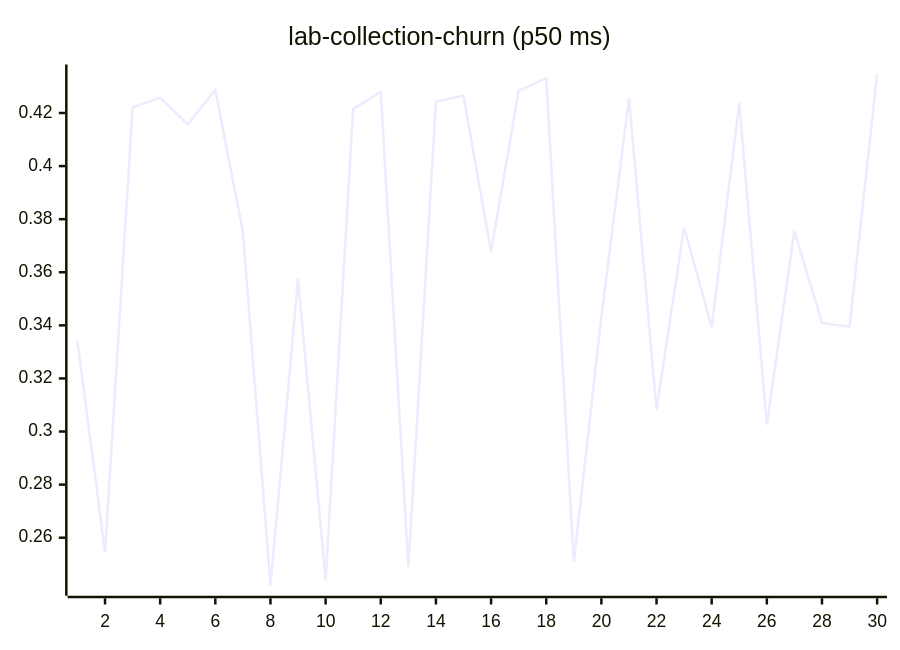
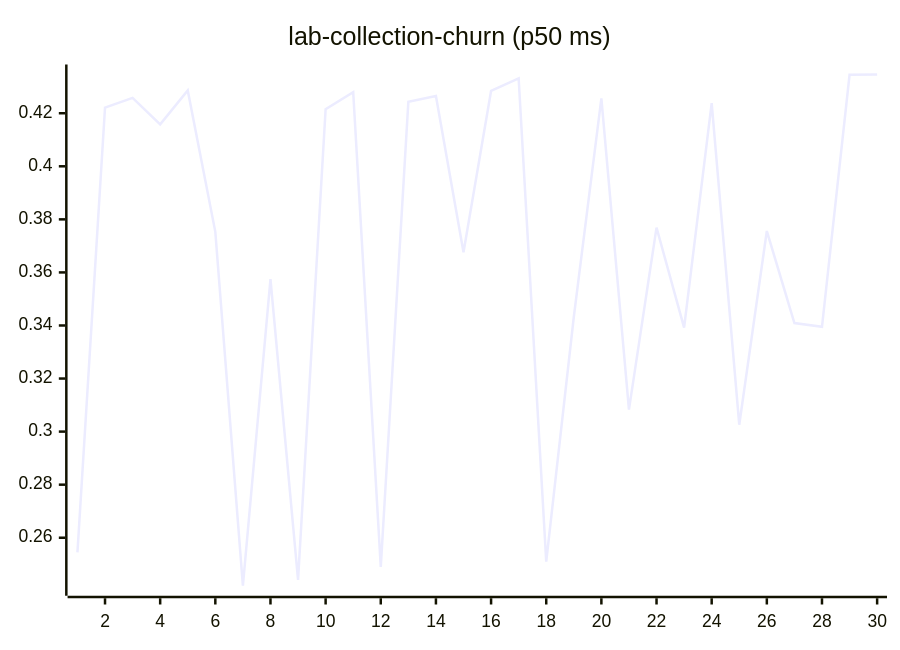
Diagram 11 of 27 in README.md (josha/Facet), drawn with Mermaid before and after one commit. The commit also changed other lines of this file and 2 other files, not shown here.

````diff
--- a/README.md
+++ b/README.md
@@ -133,6 +133,6 @@
 ```mermaid
 xychart-beta
     title "lab-collection-churn (p50 ms)"
     x-axis 1 --> 30
-    line [0.3342, 0.2545, 0.4221, 0.4258, 0.4158, 0.4286, 0.3753, 0.2419, 0.3575, 0.2441, 0.4215, 0.4279, 0.2490, 0.4243, 0.4265, 0.3676, 0.4284, 0.4331, 0.2510, 0.3432, 0.4256, 0.3083, 0.3769, 0.3392, 0.4238, 0.3026, 0.3756, 0.3409, 0.3395, 0.4345]
+    line [0.2545, 0.4221, 0.4258, 0.4158, 0.4286, 0.3753, 0.2419, 0.3575, 0.2441, 0.4215, 0.4279, 0.2490, 0.4243, 0.4265, 0.3676, 0.4284, 0.4331, 0.2510, 0.3432, 0.4256, 0.3083, 0.3769, 0.3392, 0.4238, 0.3026, 0.3756, 0.3409, 0.3395, 0.4345, 0.4346]
 ```
````
